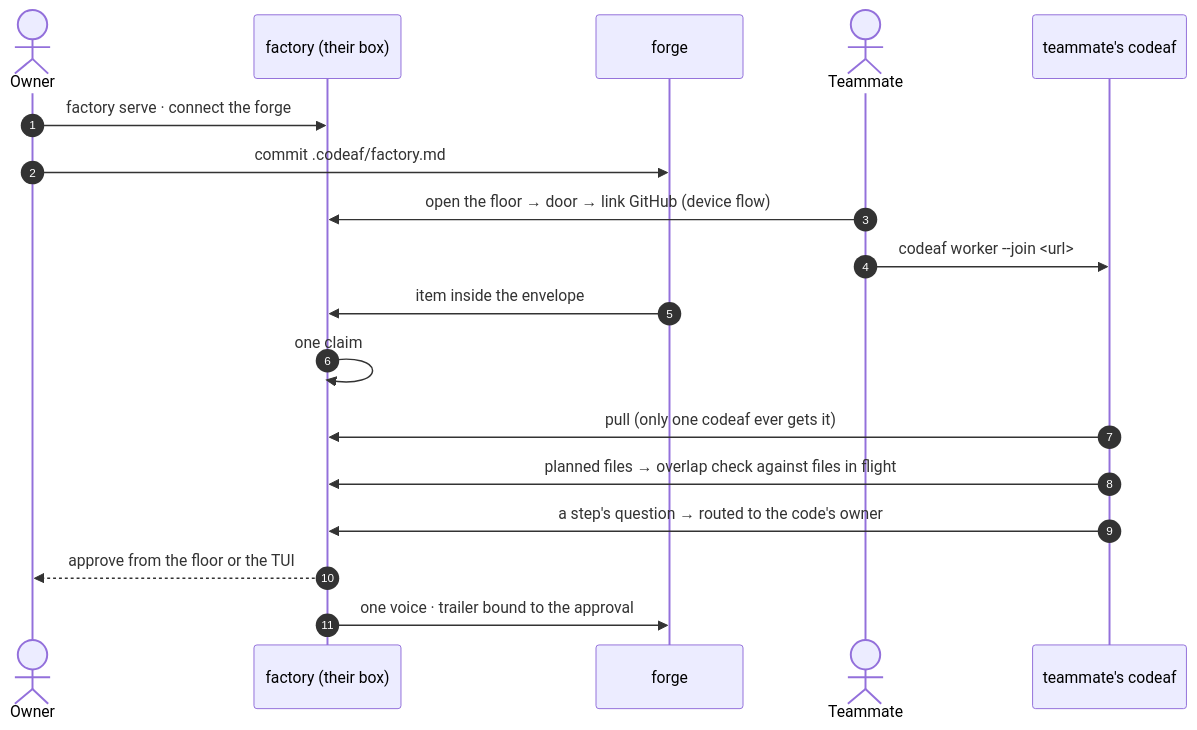
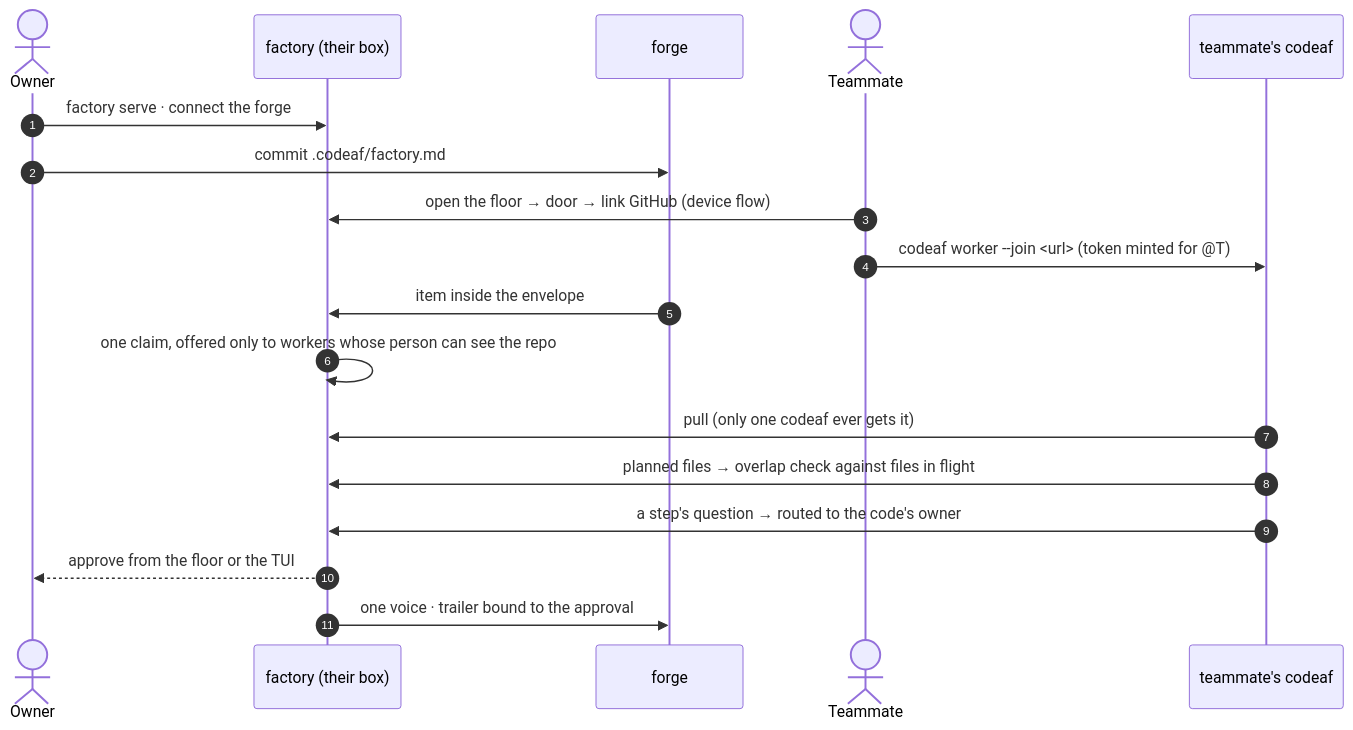
One commit to 0xMrMasry/CodeAF changed the third of 3 diagrams in docs/design/factory/PRODUCT.md. Above: the diagram before and after it, drawn with Mermaid. The commit also changed other lines of this file, not shown here.

````diff
--- a/docs/design/factory/PRODUCT.md
+++ b/docs/design/factory/PRODUCT.md
@@ -205,20 +241,20 @@
 ```mermaid
 sequenceDiagram
     autonumber
     actor O as Owner
     participant F as factory (their box)
     participant G as forge
     actor T as Teammate
     participant C as teammate's codeaf
     O->>F: factory serve · connect the forge
     O->>G: commit .codeaf/factory.md
     T->>F: open the floor → door → link GitHub (device flow)
-    T->>C: codeaf worker --join <url>
+    T->>C: codeaf worker --join <url> (token minted for @T)
     G->>F: item inside the envelope
-    F->>F: one claim
+    F->>F: one claim, offered only to workers whose person can see the repo
     C->>F: pull (only one codeaf ever gets it)
     C->>F: planned files → overlap check against files in flight
     C->>F: a step's question → routed to the code's owner
     F-->>O: approve from the floor or the TUI
     F->>G: one voice · trailer bound to the approval
 ```
````
